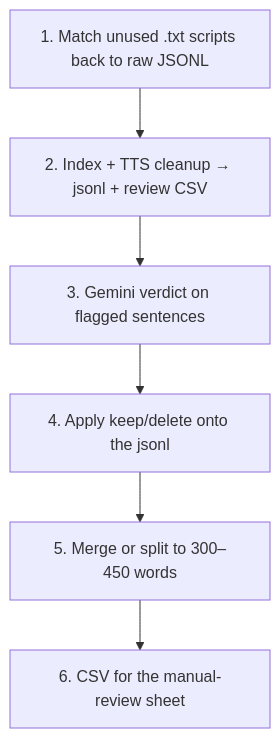
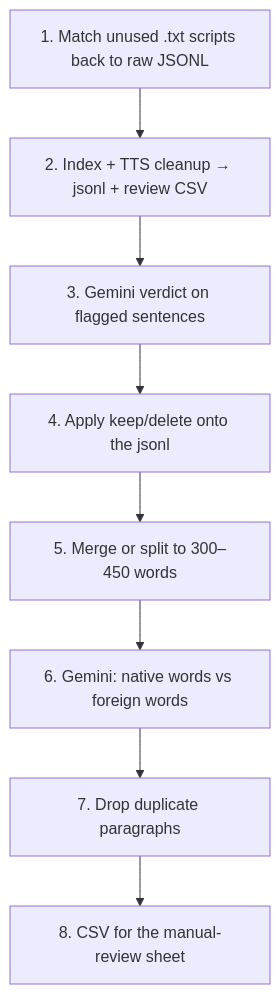
One commit to pallavi-sahu/Data_Curation changed the third of 3 diagrams in docs/onboarding.md. Above: the diagram before and after it, drawn with Mermaid. The commit also changed other lines of this file and 7 other files, not shown here.

Commit message:
filtering not native words

````diff
--- a/docs/onboarding.md
+++ b/docs/onboarding.md
@@ -251,10 +279,12 @@
 ```mermaid
 flowchart TD
   s1["1. Match unused .txt scripts back to raw JSONL"]
   s2["2. Index + TTS cleanup → jsonl + review CSV"]
   s3["3. Gemini verdict on flagged sentences"]
   s4["4. Apply keep/delete onto the jsonl"]
   s5["5. Merge or split to 300–450 words"]
-  s6["6. CSV for the manual-review sheet"]
-  s1 --> s2 --> s3 --> s4 --> s5 --> s6
+  s6["6. Gemini: native words vs foreign words"]
+  s7["7. Drop duplicate paragraphs"]
+  s8["8. CSV for the manual-review sheet"]
+  s1 --> s2 --> s3 --> s4 --> s5 --> s6 --> s7 --> s8
 ```
````
